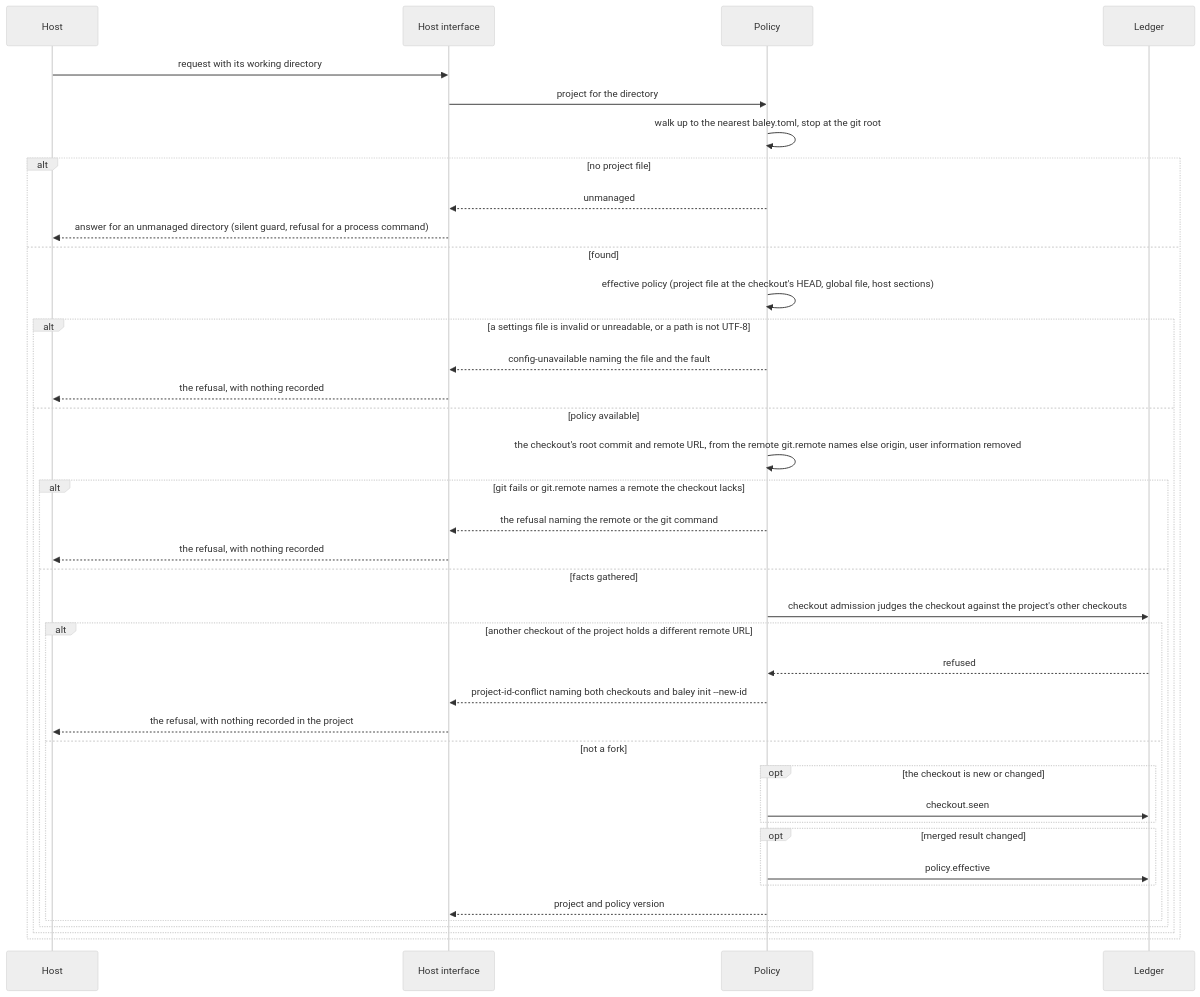
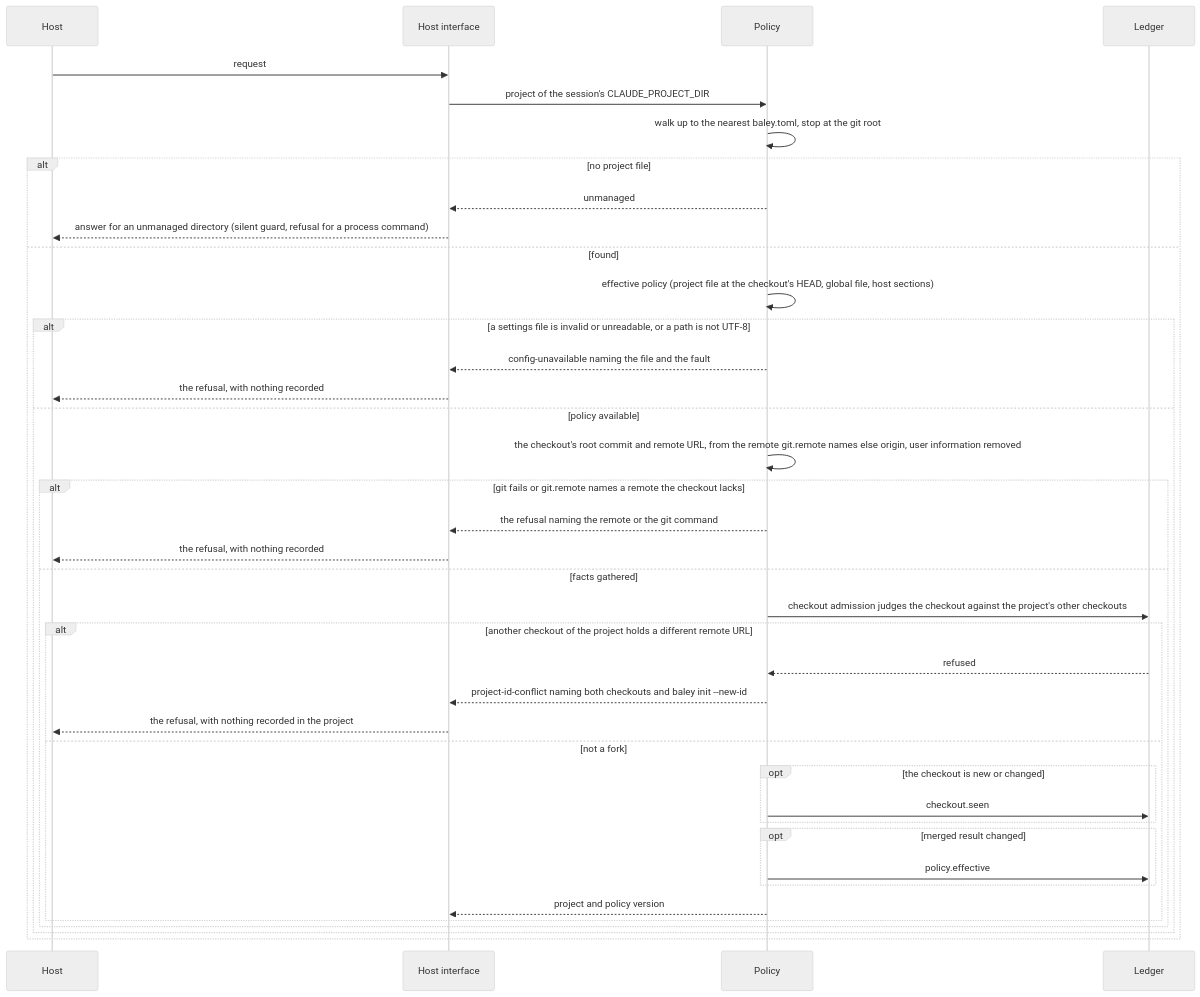
One commit to crenshawdev/baley changed the seventh of 7 diagrams in docs/design/0003-configuration-and-routing.md. Above: the diagram before and after it, drawn with Mermaid (neutral theme). The commit also changed other lines of this file, not shown here.

First line of the commit message:
docs(design): take the project from the session's CLAUDE_PROJECT_DIR

````diff
--- a/docs/design/0003-configuration-and-routing.md
+++ b/docs/design/0003-configuration-and-routing.md
@@ -619,41 +619,41 @@
 ```mermaid
 sequenceDiagram
   participant H as Host
   participant I as Host interface
   participant P as Policy
   participant L as Ledger
-  H->>I: request with its working directory
-  I->>P: project for the directory
+  H->>I: request
+  I->>P: project of the session's CLAUDE_PROJECT_DIR
   P->>P: walk up to the nearest baley.toml, stop at the git root
   alt no project file
     P-->>I: unmanaged
     I-->>H: answer for an unmanaged directory (silent guard, refusal for a process command)
   else found
     P->>P: effective policy (project file at the checkout's HEAD, global file, host sections)
     alt a settings file is invalid or unreadable, or a path is not UTF-8
       P-->>I: config-unavailable naming the file and the fault
       I-->>H: the refusal, with nothing recorded
     else policy available
       P->>P: the checkout's root commit and remote URL, from the remote git.remote names else origin, user information removed
       alt git fails or git.remote names a remote the checkout lacks
         P-->>I: the refusal naming the remote or the git command
         I-->>H: the refusal, with nothing recorded
       else facts gathered
         P->>L: checkout admission judges the checkout against the project's other checkouts
         alt another checkout of the project holds a different remote URL
           L-->>P: refused
           P-->>I: project-id-conflict naming both checkouts and baley init --new-id
           I-->>H: the refusal, with nothing recorded in the project
         else not a fork
           opt the checkout is new or changed
             P->>L: checkout.seen
           end
           opt merged result changed
             P->>L: policy.effective
           end
           P-->>I: project and policy version
         end
       end
     end
   end
 ```
````
